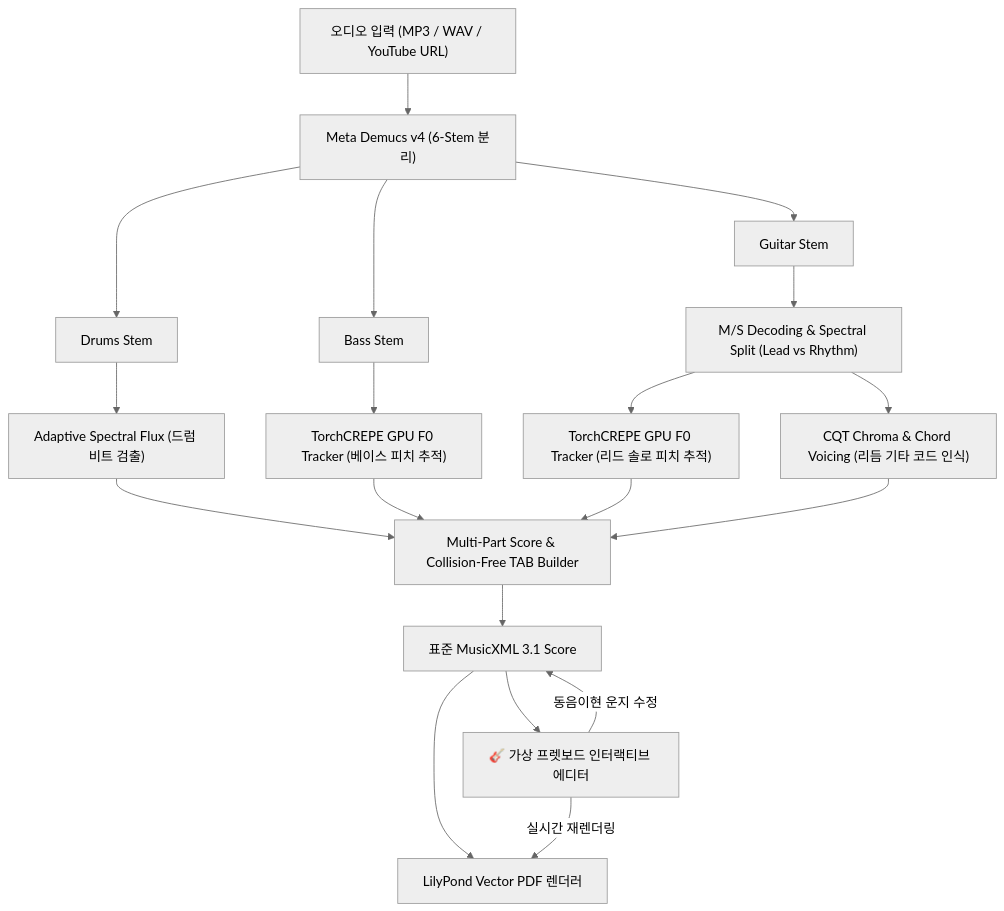
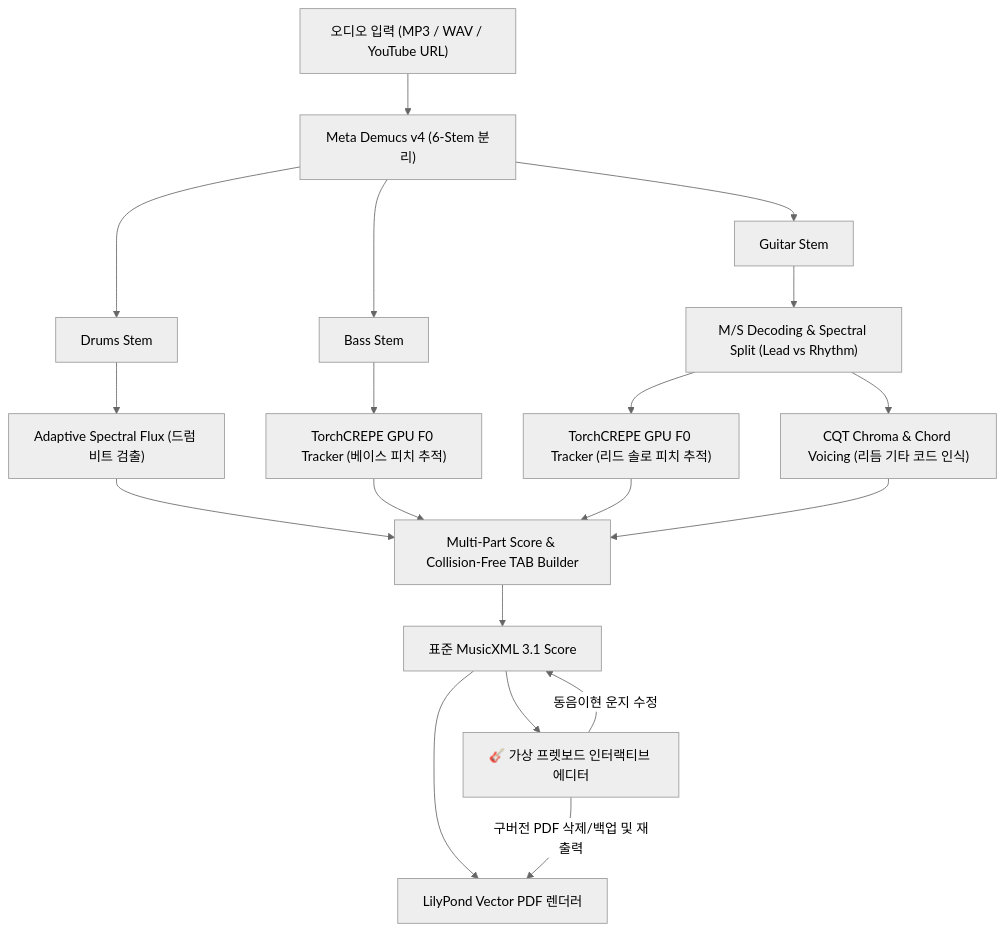
The diagram in README.md (ManofKimchi08/ai-guitar-transcriber), drawn with Mermaid (neutral theme) before and after one commit. The commit also changed other lines of this file and 2 other files, not shown here.

Commit message:
Docs & UX update: Detailed installation guide, complete user manual, FAQ, auto-restore recent score, and PDF deletion confirmation dialog

````diff
--- a/README.md
+++ b/README.md
@@ -78,22 +79,22 @@
 ```mermaid
 flowchart TD
     A["오디오 입력 (MP3 / WAV / YouTube URL)"] --> B["Meta Demucs v4 (6-Stem 분리)"]
     B --> C1["Drums Stem"]
     B --> C2["Bass Stem"]
     B --> C3["Guitar Stem"]
     
     C1 --> D1["Adaptive Spectral Flux (드럼 비트 검출)"]
     C3 --> D2["M/S Decoding & Spectral Split (Lead vs Rhythm)"]
     
     C2 --> E1["TorchCREPE GPU F0 Tracker (베이스 피치 추적)"]
     D2 --> E2["TorchCREPE GPU F0 Tracker (리드 솔로 피치 추적)"]
     D2 --> E3["CQT Chroma & Chord Voicing (리듬 기타 코드 인식)"]
     
     D1 & E1 & E2 & E3 --> F["Multi-Part Score & Collision-Free TAB Builder"]
     F --> G["표준 MusicXML 3.1 Score"]
     G --> H["LilyPond Vector PDF 렌더러"]
     
     G --> I["🎸 가상 프렛보드 인터랙티브 에디터"]
     I -- "동음이현 운지 수정" --> G
-    I -- "실시간 재렌더링" --> H
+    I -- "구버전 PDF 삭제/백업 및 재출력" --> H
 ```
````
